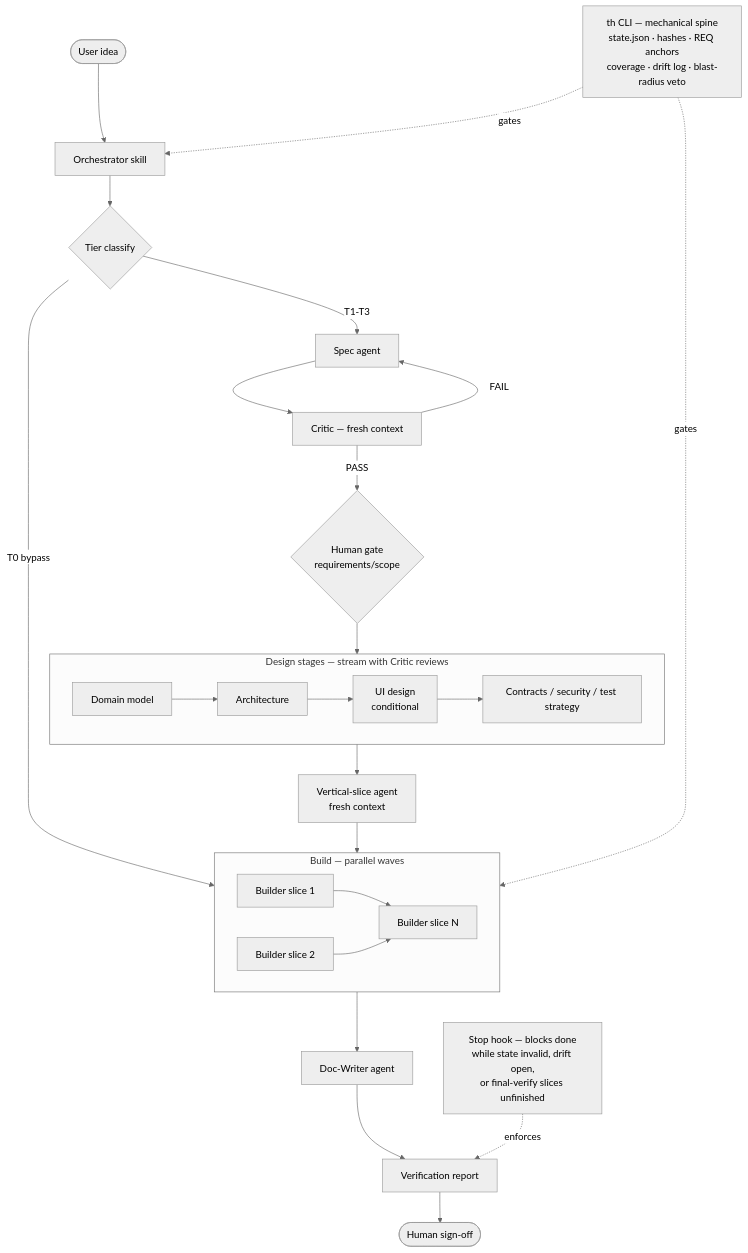
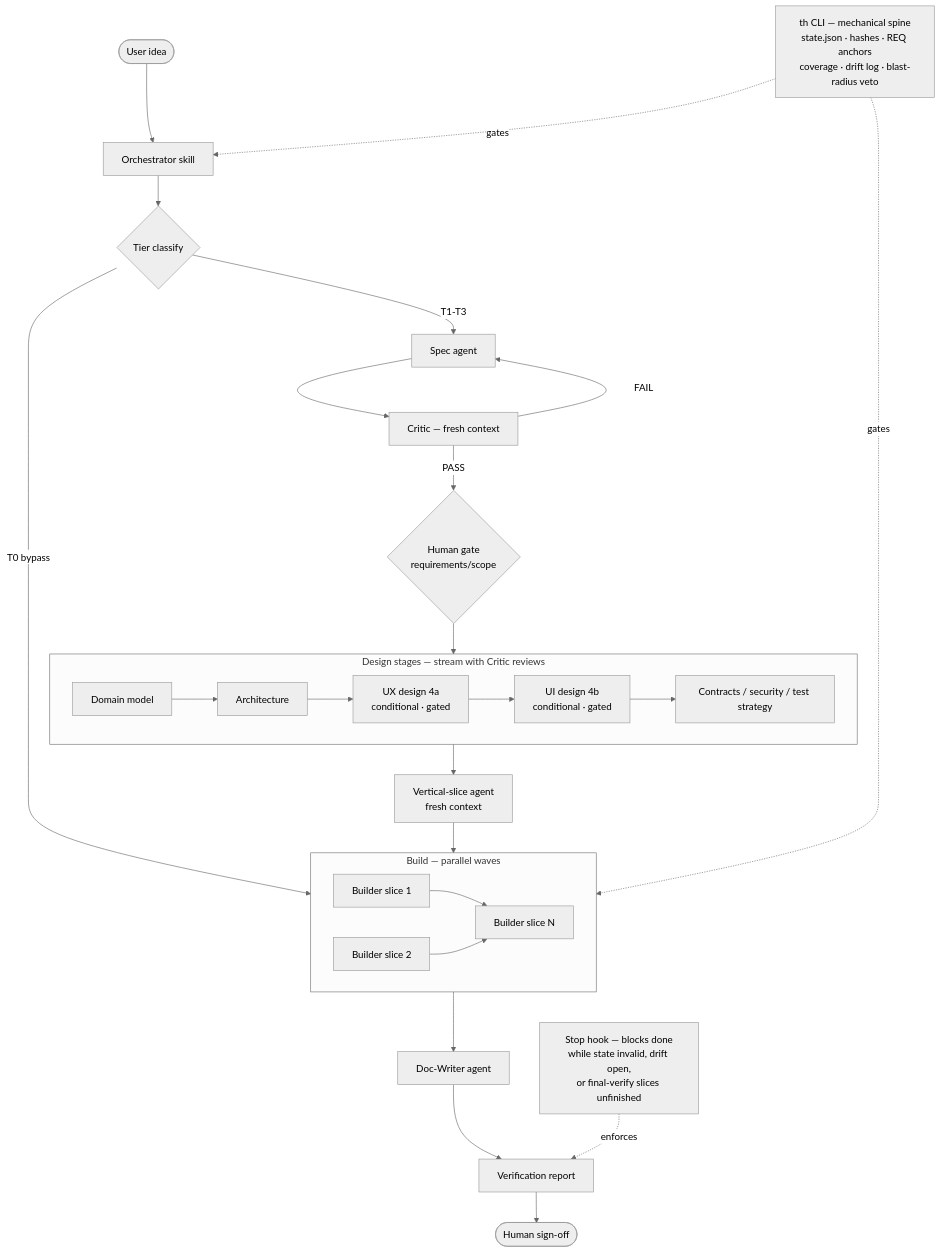
The diagram in README.md (JrSneed28/TwinHarness), drawn with Mermaid (neutral theme) before and after one commit. The commit also changed other lines of this file and 1 other file, not shown here.

````diff
--- a/README.md
+++ b/README.md
@@ -44,39 +44,40 @@
 ```mermaid
 flowchart TD
     Idea([User idea]) --> Orch[Orchestrator skill]
 
     Orch --> Tier{Tier classify}
     Tier -- T0 bypass --> Build
     Tier -- T1-T3 --> Spec
 
     Spec[Spec agent] --> CriticSpec[Critic — fresh context]
     CriticSpec -- FAIL --> Spec
     CriticSpec -- PASS --> HumanGate{Human gate<br/>requirements/scope}
     HumanGate --> DesignStages
 
     subgraph DesignStages[Design stages — stream with Critic reviews]
         direction LR
         D1[Domain model] --> D2[Architecture]
-        D2 --> D3[UI design<br/>conditional]
-        D3 --> D4[Contracts / security / test strategy]
+        D2 --> D3a[UX design 4a<br/>conditional · gated]
+        D3a --> D3b[UI design 4b<br/>conditional · gated]
+        D3b --> D4[Contracts / security / test strategy]
     end
 
     DesignStages --> VS[Vertical-slice agent<br/>fresh context]
     VS --> Build
 
     subgraph Build[Build — parallel waves]
         direction LR
         B1[Builder slice 1] & B2[Builder slice 2] --> B3[Builder slice N]
     end
 
     Build --> DocWriter[Doc-Writer agent]
     DocWriter --> Verify[Verification report]
     Verify --> SignOff([Human sign-off])
 
     CLI["th CLI — mechanical spine<br/>state.json · hashes · REQ anchors<br/>coverage · drift log · blast-radius veto"]
     StopHook[Stop hook — blocks done<br/>while state invalid, drift open,<br/>or final-verify slices unfinished]
 
     CLI -. gates .-> Orch
     CLI -. gates .-> Build
     StopHook -. enforces .-> Verify
 ```
````
